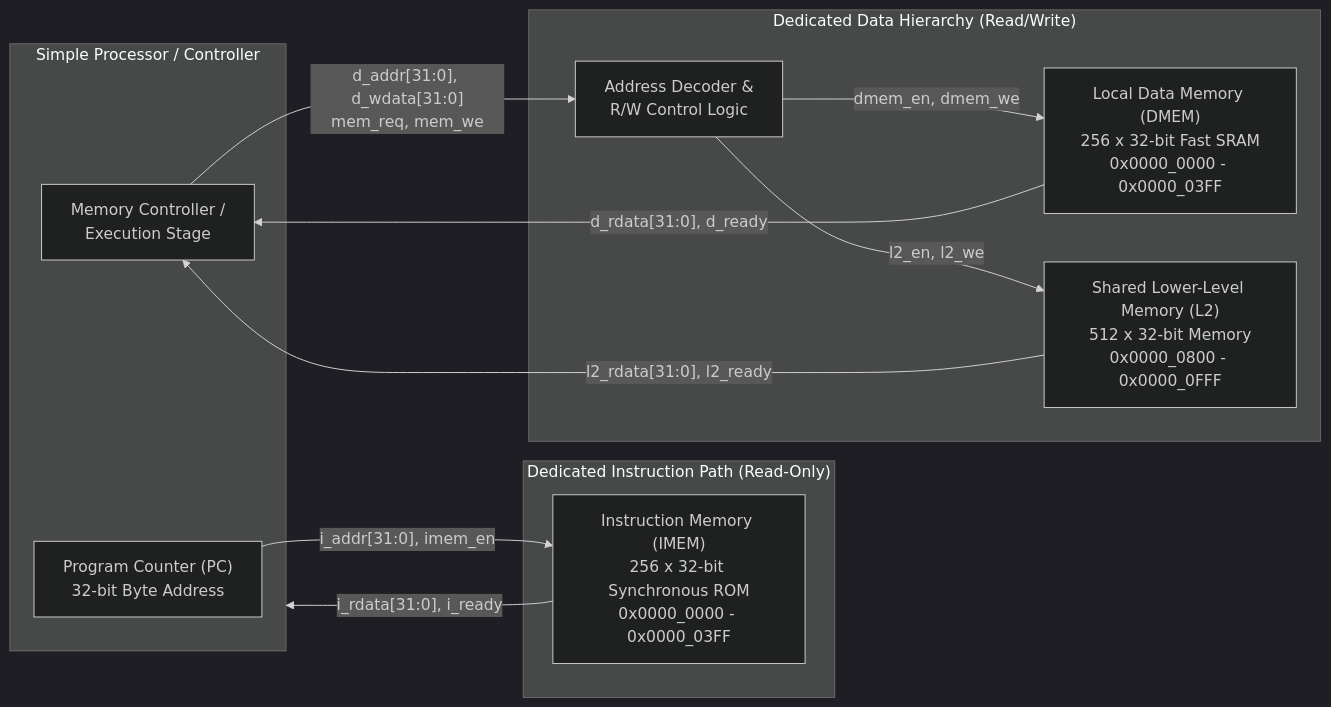
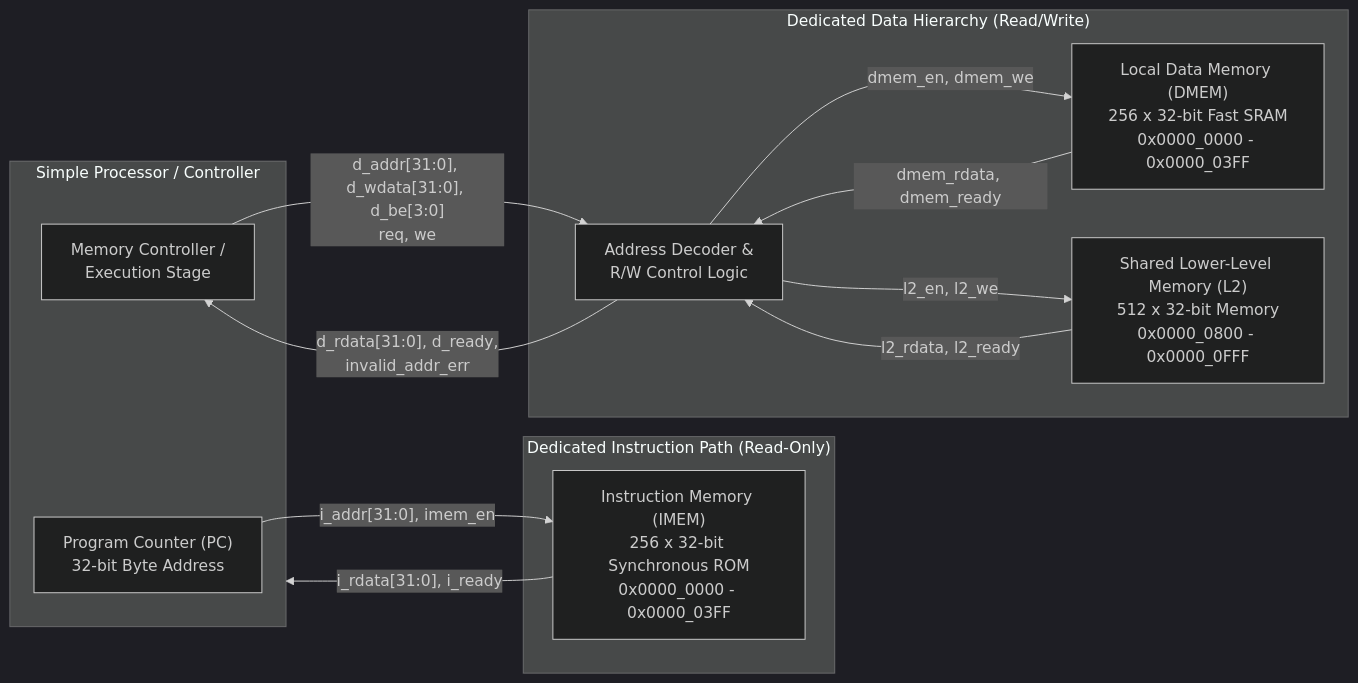
The diagram in README.md (palak22291/tle-harvard-memory-hierarchy), drawn with Mermaid (dark theme) before and after one commit. The commit also changed 2 other files, not shown here.

Commit message:
Polish diagram, Section III-A wording, pad IMEM hex

````diff
--- a/README.md
+++ b/README.md
@@ -11,26 +11,27 @@
 ```mermaid
 flowchart LR
     subgraph CPU["Simple Processor / Controller"]
         PC["Program Counter (PC)<br/>32-bit Byte Address"]
         CTRL["Memory Controller /<br/>Execution Stage"]
     end
 
     subgraph Instruction_Path["Dedicated Instruction Path (Read-Only)"]
         IMEM["Instruction Memory (IMEM)<br/>256 x 32-bit Synchronous ROM<br/>0x0000_0000 - 0x0000_03FF"]
     end
 
     subgraph Data_Path["Dedicated Data Hierarchy (Read/Write)"]
         DEC["Address Decoder &<br/>R/W Control Logic"]
         DMEM["Local Data Memory (DMEM)<br/>256 x 32-bit Fast SRAM<br/>0x0000_0000 - 0x0000_03FF"]
         L2["Shared Lower-Level Memory (L2)<br/>512 x 32-bit Memory<br/>0x0000_0800 - 0x0000_0FFF"]
     end
 
     PC -->|"i_addr[31:0], imem_en"| IMEM
     IMEM -->|"i_rdata[31:0], i_ready"| CPU
 
-    CTRL -->|"d_addr[31:0], d_wdata[31:0]<br/>mem_req, mem_we"| DEC
+    CTRL -->|"d_addr[31:0], d_wdata[31:0], d_be[3:0]<br/>req, we"| DEC
     DEC -->|"dmem_en, dmem_we"| DMEM
     DEC -->|"l2_en, l2_we"| L2
-    DMEM -->|"d_rdata[31:0], d_ready"| CTRL
-    L2 -->|"l2_rdata[31:0], l2_ready"| CTRL
+    DMEM -->|"dmem_rdata, dmem_ready"| DEC
+    L2 -->|"l2_rdata, l2_ready"| DEC
+    DEC -->|"d_rdata[31:0], d_ready,<br/>invalid_addr_err"| CTRL
 ```
````
